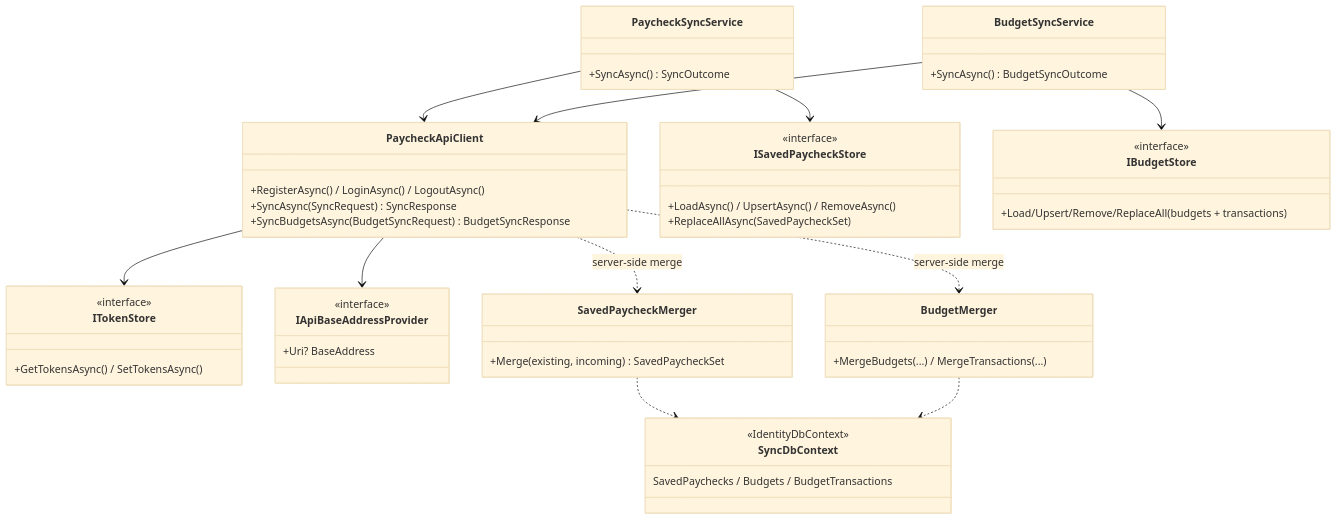
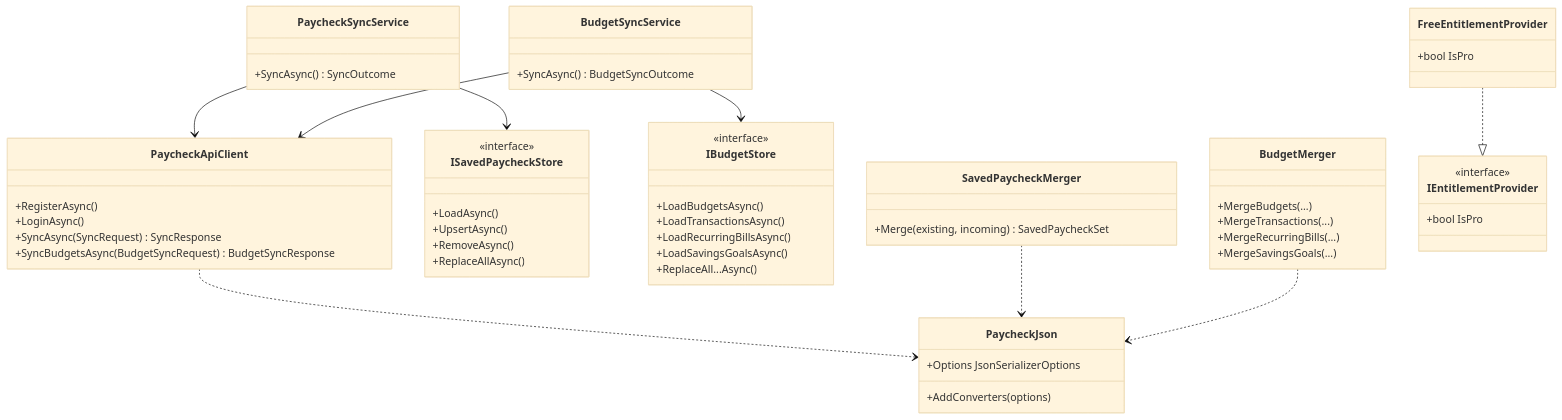
The eighth of 9 diagrams in docs/class-diagram.md (Fibonacci-0112/PaycheckCalculator), drawn with Mermaid (base theme) before and after one commit. The commit also changed other lines of this file, not shown here.

Commit message:
Refresh architecture class diagram

````diff
--- a/docs/class-diagram.md
+++ b/docs/class-diagram.md
@@ -338,59 +430,61 @@
 ```mermaid
 classDiagram
     direction TB
 
     class PaycheckApiClient {
-        +RegisterAsync() / LoginAsync() / LogoutAsync()
+        +RegisterAsync()
+        +LoginAsync()
         +SyncAsync(SyncRequest) SyncResponse
         +SyncBudgetsAsync(BudgetSyncRequest) BudgetSyncResponse
     }
-
-    class ITokenStore {
-        <<interface>>
-        +GetTokensAsync() / SetTokensAsync()
-    }
-    class IApiBaseAddressProvider {
-        <<interface>>
-        +Uri? BaseAddress
-    }
-
     class ISavedPaycheckStore {
         <<interface>>
-        +LoadAsync() / UpsertAsync() / RemoveAsync()
-        +ReplaceAllAsync(SavedPaycheckSet)
+        +LoadAsync()
+        +UpsertAsync()
+        +RemoveAsync()
+        +ReplaceAllAsync()
     }
     class IBudgetStore {
         <<interface>>
-        +Load/Upsert/Remove/ReplaceAll (budgets + transactions)
+        +LoadBudgetsAsync()
+        +LoadTransactionsAsync()
+        +LoadRecurringBillsAsync()
+        +LoadSavingsGoalsAsync()
+        +ReplaceAll...Async()
     }
-
+    class SavedPaycheckMerger {
+        +Merge(existing, incoming) SavedPaycheckSet
+    }
+    class BudgetMerger {
+        +MergeBudgets(...)
+        +MergeTransactions(...)
+        +MergeRecurringBills(...)
+        +MergeSavingsGoals(...)
+    }
     class PaycheckSyncService {
         +SyncAsync() SyncOutcome
     }
     class BudgetSyncService {
         +SyncAsync() BudgetSyncOutcome
     }
-
-    class SavedPaycheckMerger {
-        +Merge(existing, incoming) SavedPaycheckSet
+    class PaycheckJson {
+        +Options JsonSerializerOptions
+        +AddConverters(options)
     }
-    class BudgetMerger {
-        +MergeBudgets(...) / MergeTransactions(...)
+    class IEntitlementProvider {
+        <<interface>>
+        +bool IsPro
+    }
+    class FreeEntitlementProvider {
+        +bool IsPro
     }
 
-    class SyncDbContext {
-        <<IdentityDbContext>>
-        SavedPaychecks / Budgets / BudgetTransactions
-    }
-
-    PaycheckApiClient --> ITokenStore
-    PaycheckApiClient --> IApiBaseAddressProvider
     PaycheckSyncService --> ISavedPaycheckStore
     PaycheckSyncService --> PaycheckApiClient
     BudgetSyncService --> IBudgetStore
     BudgetSyncService --> PaycheckApiClient
-    PaycheckApiClient ..> SavedPaycheckMerger : server-side merge
-    PaycheckApiClient ..> BudgetMerger : server-side merge
-    SavedPaycheckMerger ..> SyncDbContext
-    BudgetMerger ..> SyncDbContext
+    PaycheckApiClient ..> PaycheckJson
+    SavedPaycheckMerger ..> PaycheckJson
+    BudgetMerger ..> PaycheckJson
+    FreeEntitlementProvider ..|> IEntitlementProvider
 ```
````
